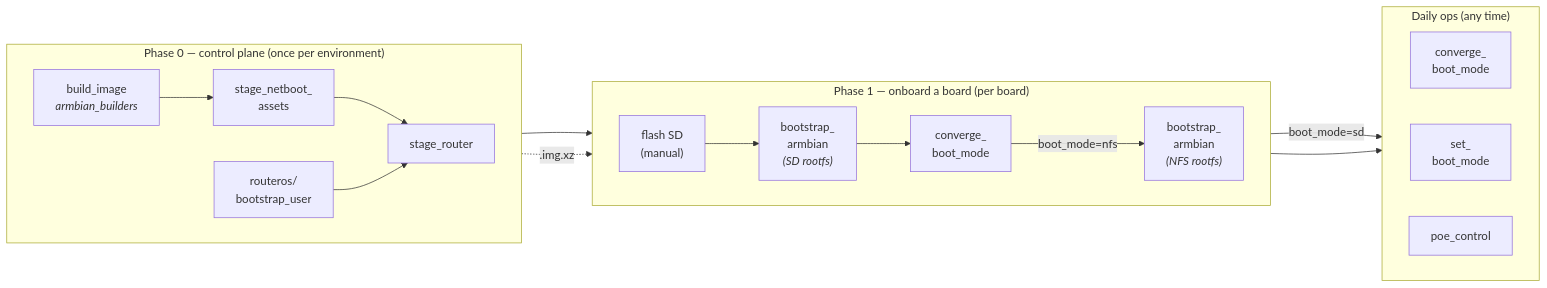
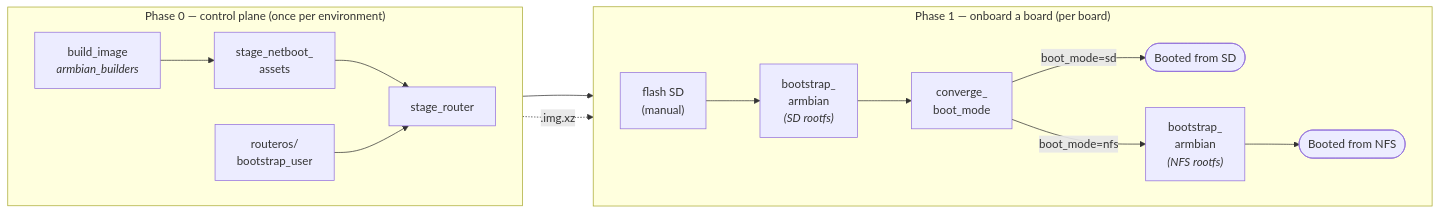
The first of 4 diagrams in README.md (david-igou/ansible-collection-armbian), drawn with Mermaid before and after one commit. The commit also changed other lines of this file, not shown here.

First line of the commit message:
docs(README): Phase 1 ends at SD/NFS outcomes; per-playbook daily-ops diagrams

````diff
--- a/README.md
+++ b/README.md
@@ -110,35 +111,29 @@
 ```mermaid
 flowchart LR
     subgraph P0["Phase 0 — control plane (once per environment)"]
         direction LR
         BI["build_image<br/><i>armbian_builders</i>"]
         BU["routeros/<br/>bootstrap_user"]
         SN0["stage_netboot_<br/>assets"]
         SR0["stage_router"]
         BI --> SN0
         SN0 --> SR0
         BU --> SR0
     end
 
     subgraph P1["Phase 1 — onboard a board (per board)"]
         direction LR
         FL["flash SD<br/>(manual)"]
         BA_SD["bootstrap_<br/>armbian<br/><i>(SD rootfs)</i>"]
         CB1["converge_<br/>boot_mode"]
         BA_NFS["bootstrap_<br/>armbian<br/><i>(NFS rootfs)</i>"]
+        OUT_SD(["Booted from SD"])
+        OUT_NFS(["Booted from NFS"])
         FL --> BA_SD --> CB1
-        CB1 -- "boot_mode=nfs" --> BA_NFS
-    end
-
-    subgraph DO["Daily ops (any time)"]
-        direction LR
-        CB["converge_<br/>boot_mode"]
-        SBM["set_<br/>boot_mode"]
-        PC["poe_control"]
+        CB1 -- "boot_mode=sd" --> OUT_SD
+        CB1 -- "boot_mode=nfs" --> BA_NFS --> OUT_NFS
     end
 
     SR0 --> FL
     BI -.->|".img.xz"| FL
-    CB1 -- "boot_mode=sd" --> CB
-    BA_NFS --> CB
 ```
````
